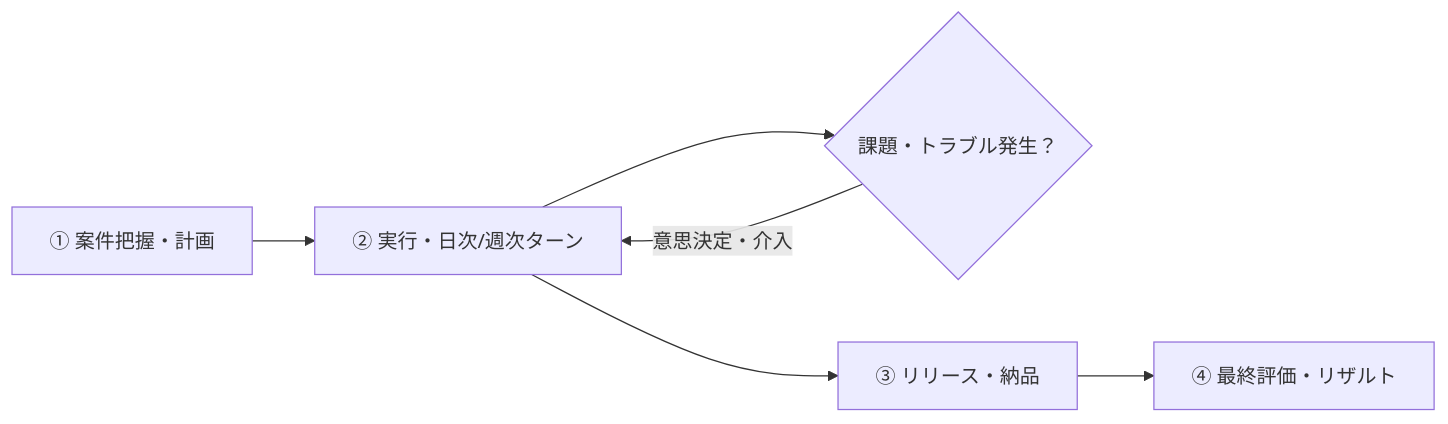
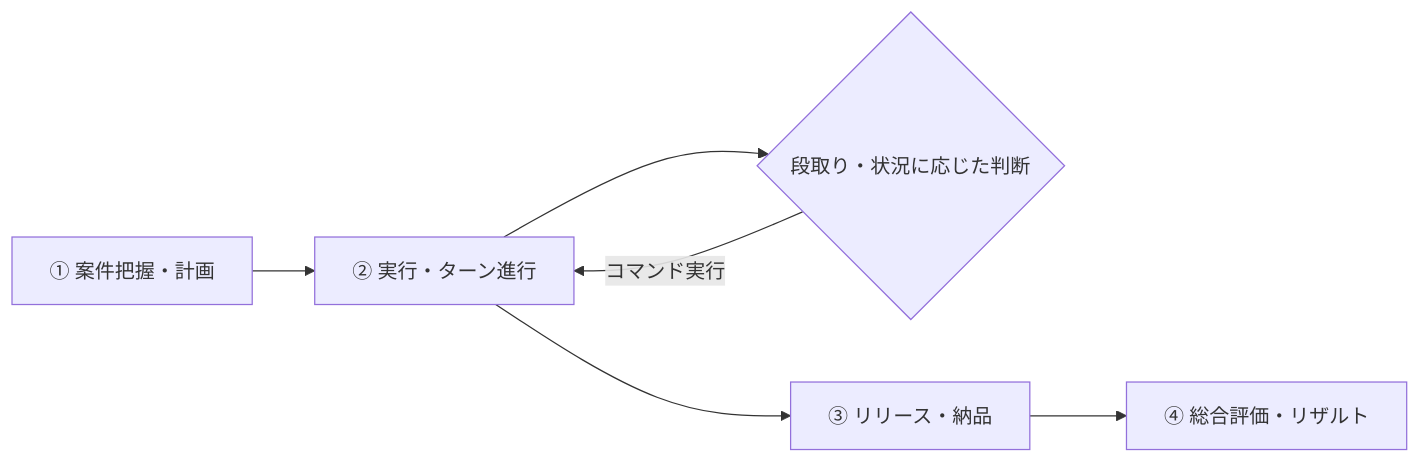
Before and after one commit to asabon/pm-simulator: the second of 2 diagrams in docs/v2/spec/overview.md, drawn with Mermaid. The commit also changed other lines of this file, not shown here.

````diff
--- a/docs/v2/spec/overview.md
+++ b/docs/v2/spec/overview.md
@@ -20,8 +49,8 @@
 ```mermaid
 flowchart LR
-    A["① 案件把握・計画"] --> B["② 実行・日次/週次ターン"]
-    B --> C{"課題・トラブル発生？"}
-    C -- "意思決定・介入" --> B
+    A["① 案件把握・計画"] --> B["② 実行・ターン進行"]
+    B --> C{"段取り・状況に応じた判断"}
+    C -- "コマンド実行" --> B
     B --> D["③ リリース・納品"]
-    D --> E["④ 最終評価・リザルト"]
+    D --> E["④ 総合評価・リザルト"]
 ```
````
